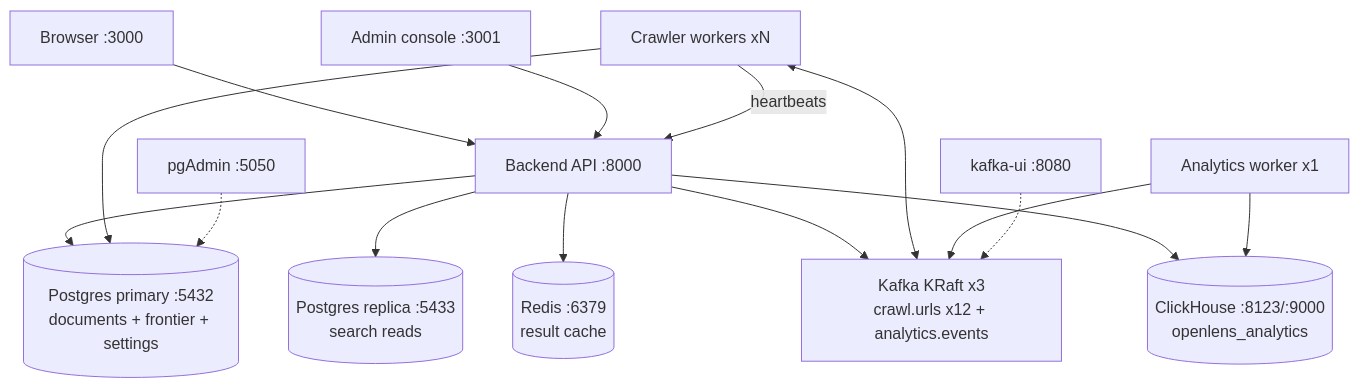
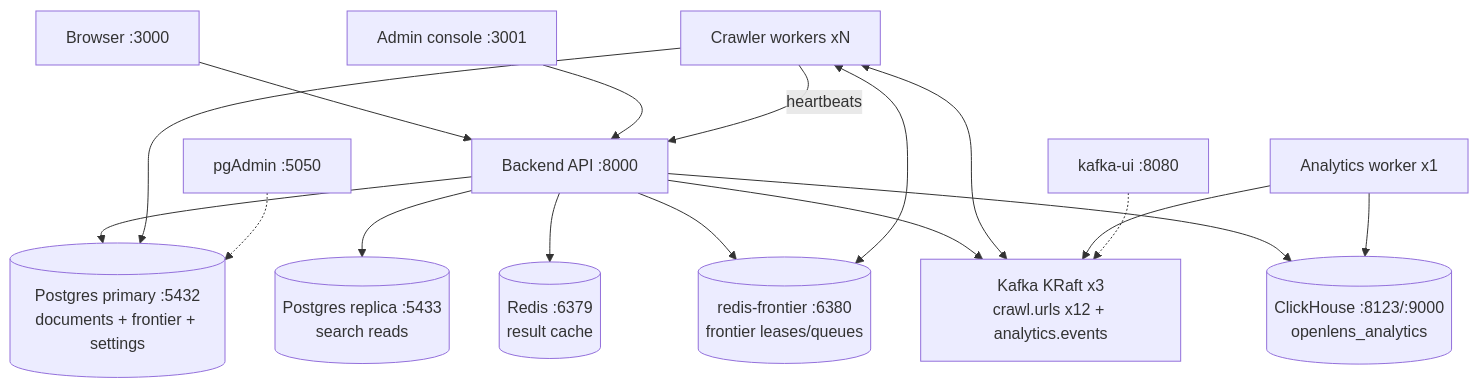
Before and after one commit to rajanbajaj/openlens: the first of 4 diagrams in docs/wiki/Architecture.md, drawn with Mermaid. The commit also changed other lines of this file and 11 other files, not shown here.

Commit message:
Add Redis frontier hot path with Postgres cold mirror

````diff
--- a/docs/wiki/Architecture.md
+++ b/docs/wiki/Architecture.md
@@ -12,17 +12,19 @@
 ```mermaid
 flowchart TB
     U[Browser :3000] --> B[Backend API :8000]
     A[Admin console :3001] --> B
     B --> PG[(Postgres primary :5432<br/>documents + frontier + settings)]
     B --> PGR[(Postgres replica :5433<br/>search reads)]
     B --> R[(Redis :6379<br/>result cache)]
+    B --> RF[(redis-frontier :6380<br/>frontier leases/queues)]
+    W <--> RF
     B --> K[Kafka KRaft x3<br/>crawl.urls x12 + analytics.events]
     B --> CH[(ClickHouse :8123/:9000<br/>openlens_analytics)]
     W[Crawler workers xN] <--> K
     W --> PG
     W -->|heartbeats| B
     AW[Analytics worker x1] --> K
     AW --> CH
     P[pgAdmin :5050] -.-> PG
     KU[kafka-ui :8080] -.-> K
 ```
````
